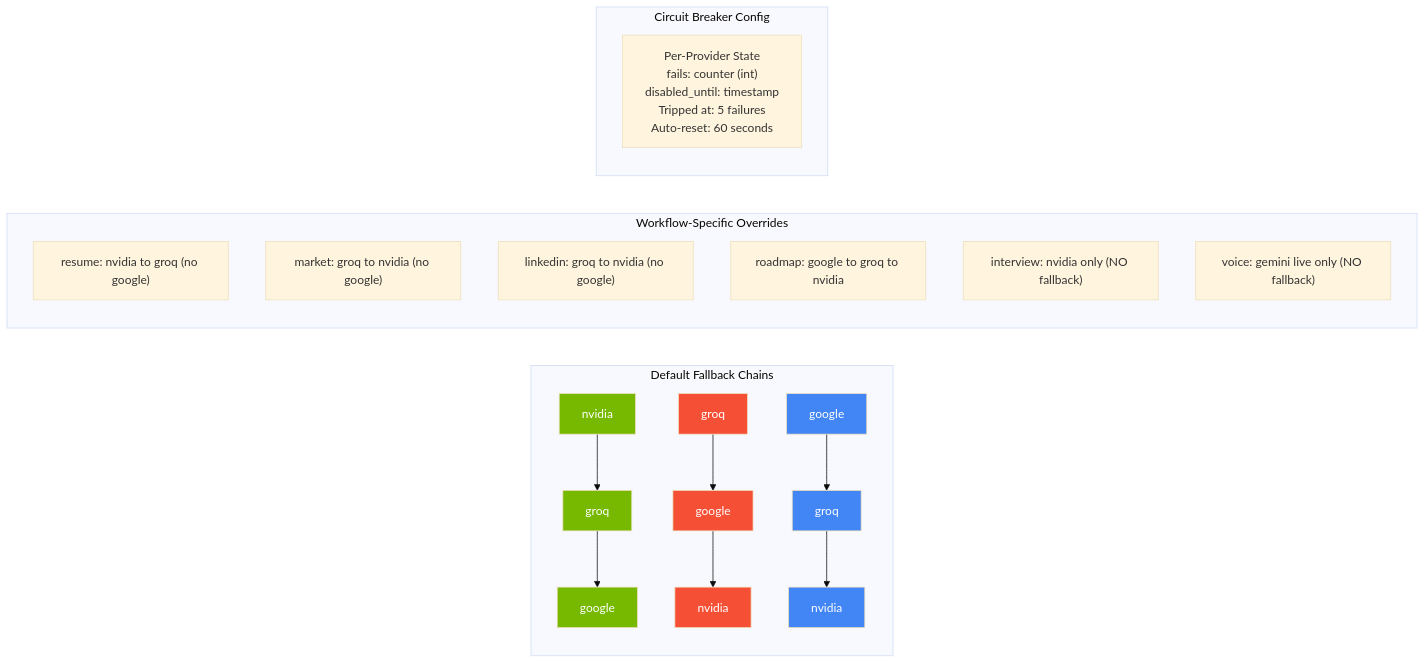
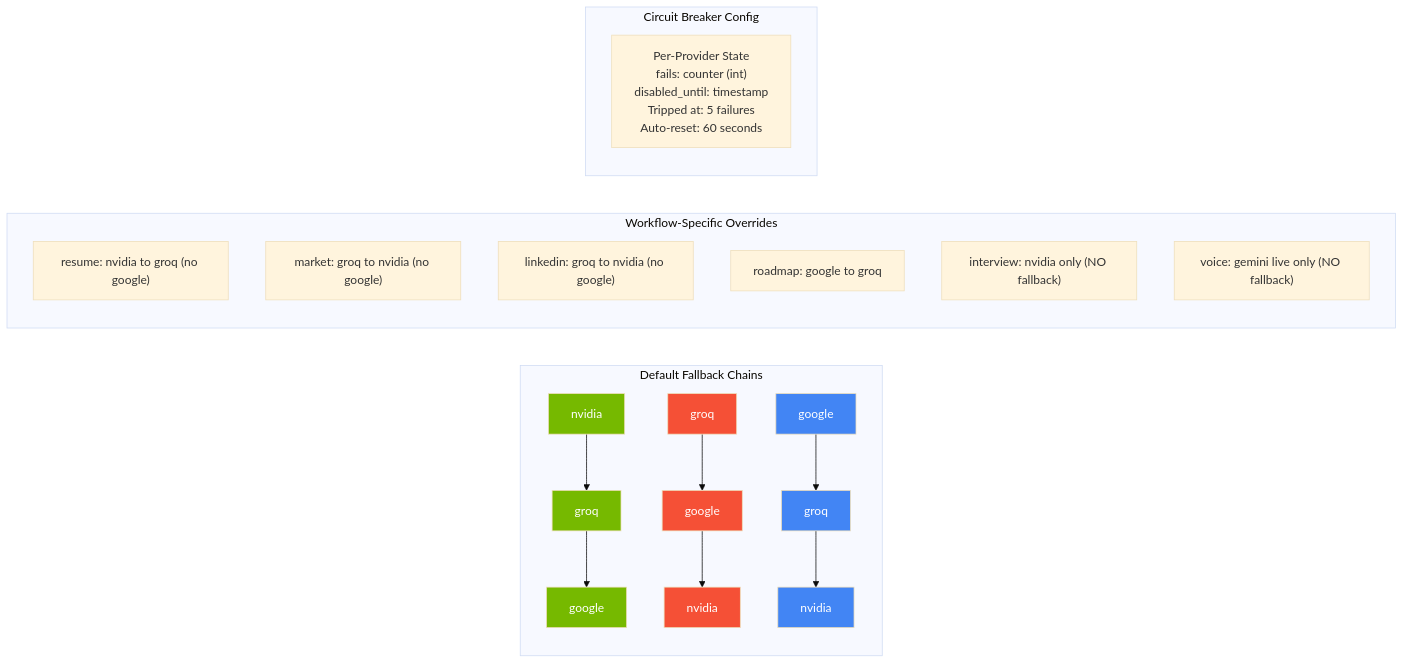
One commit to Anil-Pradhan-web/ai-career-mentor changed diagram 13 of 34 in ARCHITECTURE.md. Above: the diagram before and after it, drawn with Mermaid (base theme). The commit also changed 6 other files, not shown here.

````diff
--- a/ARCHITECTURE.md
+++ b/ARCHITECTURE.md
@@ -643,29 +643,29 @@
 ```mermaid
 graph LR
     classDef nvidia fill:#76B900,color:#fff
     classDef groq fill:#F55036,color:#fff
     classDef google fill:#4285F4,color:#fff
 
     subgraph "Default Fallback Chains"
         N["nvidia"] --> N_G["groq"] --> N_GO["google"]
         G["groq"] --> G_GO["google"] --> G_N["nvidia"]
         GO["google"] --> GO_G["groq"] --> GO_N["nvidia"]
     end
     
     subgraph "Workflow-Specific Overrides"
         W1["resume: nvidia to groq (no google)"]
         W2["market: groq to nvidia (no google)"]
         W3["linkedin: groq to nvidia (no google)"]
-        W4["roadmap: google to groq to nvidia"]
+        W4["roadmap: google to groq"]
         W5["interview: nvidia only (NO fallback)"]
         W6["voice: gemini live only (NO fallback)"]
     end
 
     subgraph "Circuit Breaker Config"
         CB["Per-Provider State<br/>fails: counter (int)<br/>disabled_until: timestamp<br/>Tripped at: 5 failures<br/>Auto-reset: 60 seconds"]
     end
 
     class N,N_G,N_GO nvidia
     class G,G_GO,G_N groq
     class GO,GO_G,GO_N google
 ```
````
